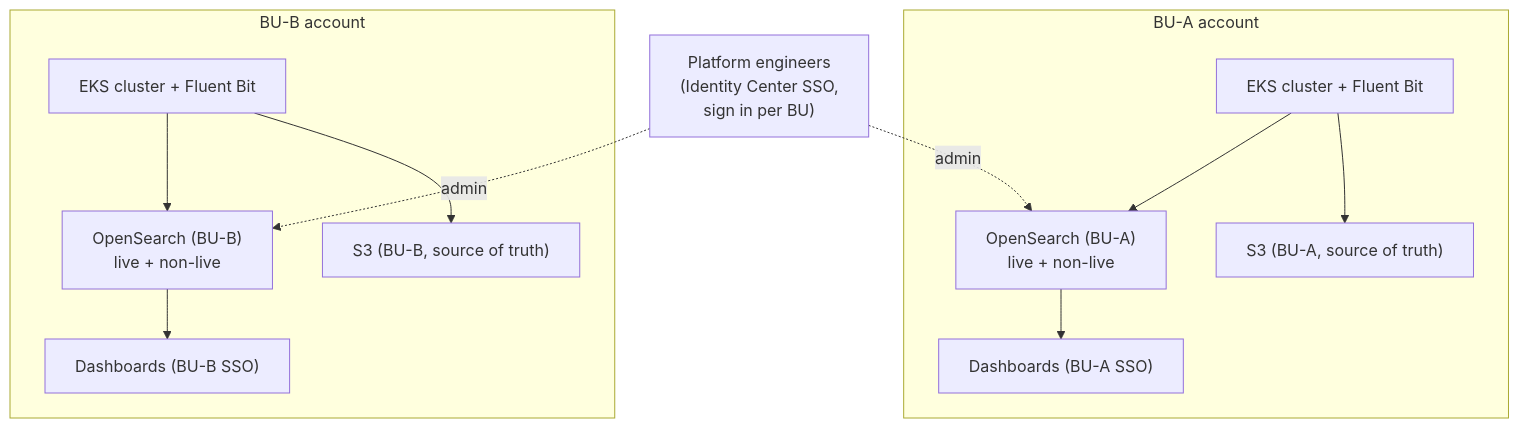
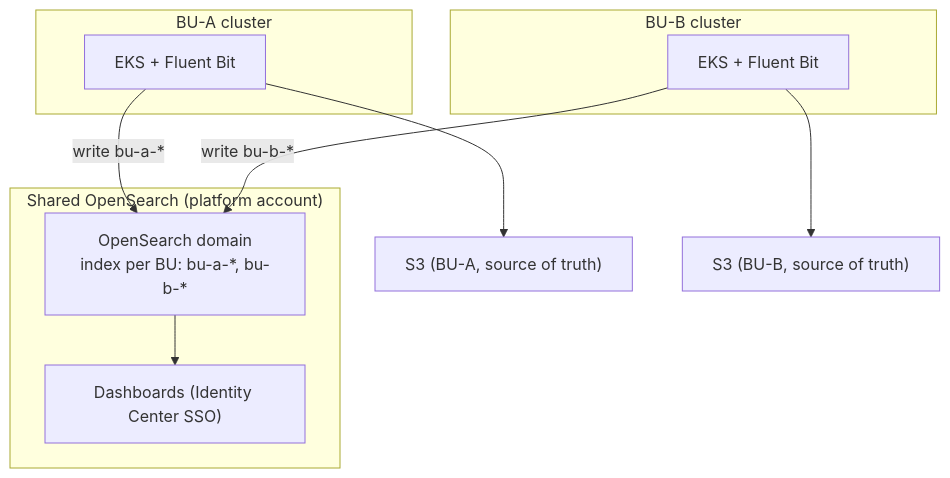
One commit to ministryofjustice/cloud-platform changed the third of 3 diagrams in architecture-decision-record/cp30/ADR-017-opensearch-deployment-model.md. Above: the diagram before and after it, drawn with Mermaid. The commit also changed other lines of this file, not shown here.

Commit message:
docs(adr-017): switch decision to shared cluster, add D17 public endpoint (#8420)

````diff
--- a/architecture-decision-record/cp30/ADR-017-opensearch-deployment-model.md
+++ b/architecture-decision-record/cp30/ADR-017-opensearch-deployment-model.md
@@ -600,16 +401,18 @@
 ```mermaid
 flowchart TB
-  subgraph BUA["BU-A account"]
-    CA["EKS cluster + Fluent Bit"] --> OSA["OpenSearch (BU-A)<br/>live + non-live"]
-    OSA --> DA["Dashboards (BU-A SSO)"]
-    CA --> S3A["S3 (BU-A, source of truth)"]
+  subgraph BUA["BU-A cluster"]
+    CA["EKS + Fluent Bit"]
   end
-  subgraph BUB["BU-B account"]
-    CB["EKS cluster + Fluent Bit"] --> OSB["OpenSearch (BU-B)<br/>live + non-live"]
-    OSB --> DB["Dashboards (BU-B SSO)"]
-    CB --> S3B["S3 (BU-B, source of truth)"]
+  subgraph BUB["BU-B cluster"]
+    CB["EKS + Fluent Bit"]
   end
-  PE["Platform engineers<br/>(Identity Center SSO,<br/>sign in per BU)"]
-  PE -. admin .-> OSA
-  PE -. admin .-> OSB
+  subgraph PLAT["Shared OpenSearch (platform account)"]
+    OS["OpenSearch domain<br/>index per BU: bu-a-*, bu-b-*"]
+    DASH["Dashboards (Identity Center SSO)"]
+  end
+  CA -- "write bu-a-*" --> OS
+  CB -- "write bu-b-*" --> OS
+  CA --> S3A["S3 (BU-A, source of truth)"]
+  CB --> S3B["S3 (BU-B, source of truth)"]
+  OS --> DASH
 ```
````
